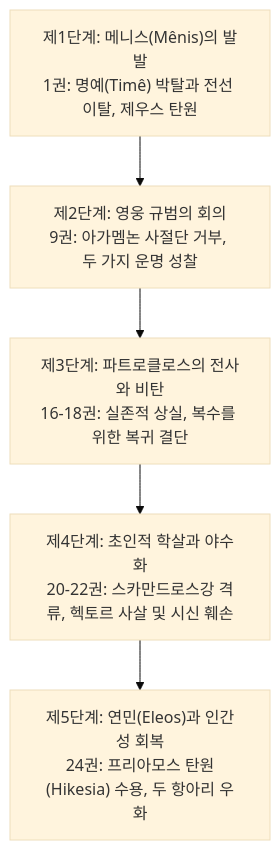
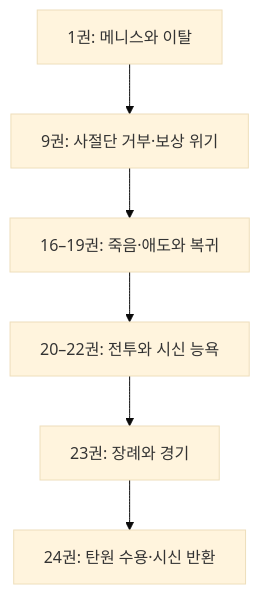
One commit to YgHnSIM/Homer_wiki changed the first of 2 diagrams in wiki/entities/entity-achilles.md. Above: the diagram before and after it, drawn with Mermaid (base theme). The commit also changed other lines of this file and 2 other files, not shown here.

````diff
--- a/wiki/entities/entity-achilles.md
+++ b/wiki/entities/entity-achilles.md
@@ -54,7 +54,8 @@
 ```mermaid
-graph TD
-    A["제1단계: 메니스(Mênis)의 발발<br/>1권: 명예(Timê) 박탈과 전선 이탈, 제우스 탄원"] --> B["제2단계: 영웅 규범의 회의<br/>9권: 아가멤논 사절단 거부, 두 가지 운명 성찰"]
-    B --> C["제3단계: 파트로클로스의 전사와 비탄<br/>16-18권: 실존적 상실, 복수를 위한 복귀 결단"]
-    C --> D["제4단계: 초인적 학살과 야수화<br/>20-22권: 스카만드로스강 격류, 헥토르 사살 및 시신 훼손"]
-    D --> E["제5단계: 연민(Eleos)과 인간성 회복<br/>24권: 프리아모스 탄원(Hikesia) 수용, 두 항아리 우화"]
+flowchart TD
+    A["1권: 메니스와 이탈"] --> B["9권: 사절단 거부·보상 위기"]
+    B --> C["16–19권: 죽음·애도와 복귀"]
+    C --> D["20–22권: 전투와 시신 능욕"]
+    D --> E["23권: 장례와 경기"]
+    E --> F["24권: 탄원 수용·시신 반환"]
 ```
````
